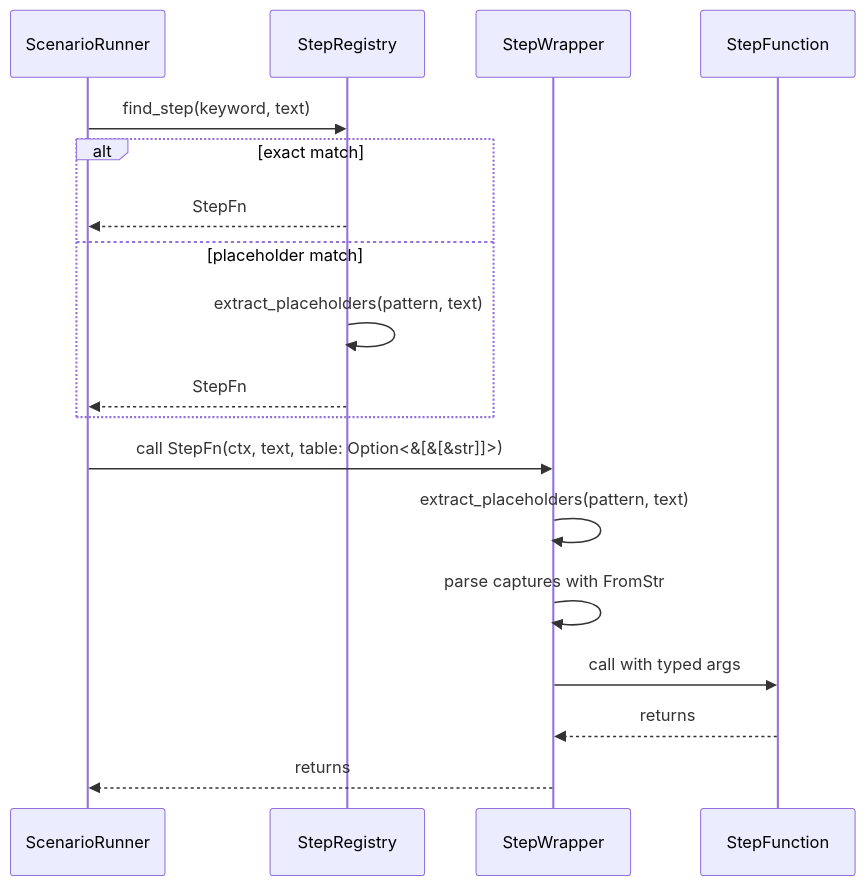
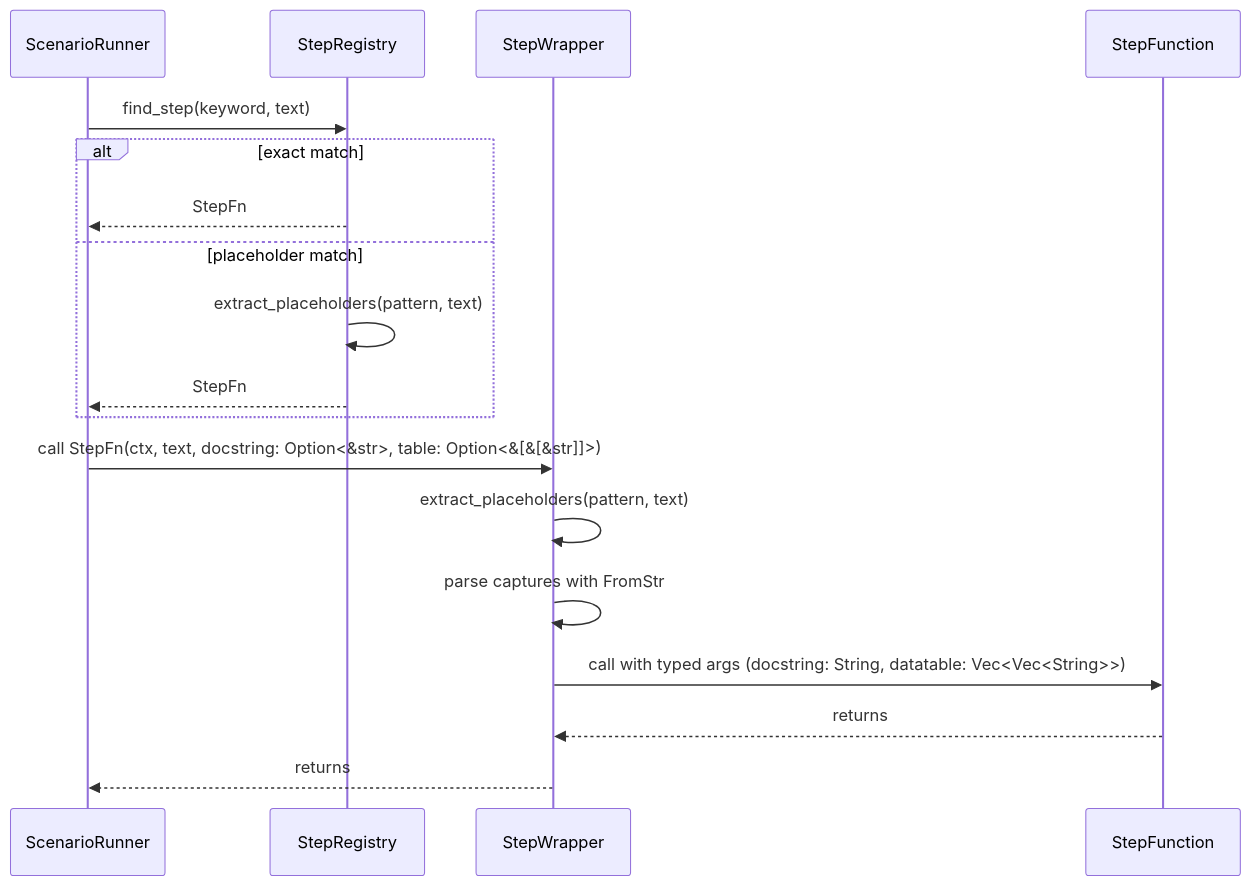
One commit to leynos/rstest-bdd changed the fourth of 4 diagrams in docs/rstest-bdd-design.md. Above: the diagram before and after it, drawn with Mermaid. The commit also changed other lines of this file and 19 other files, not shown here.

````diff
--- a/docs/rstest-bdd-design.md
+++ b/docs/rstest-bdd-design.md
@@ -921,21 +933,21 @@
 ```mermaid
 sequenceDiagram
     participant ScenarioRunner
     participant StepRegistry
     participant StepWrapper
     participant StepFunction
 
     ScenarioRunner->>StepRegistry: find_step(keyword, text)
     alt exact match
         StepRegistry-->>ScenarioRunner: StepFn
     else placeholder match
         StepRegistry->>StepRegistry: extract_placeholders(pattern, text)
         StepRegistry-->>ScenarioRunner: StepFn
     end
-    ScenarioRunner->>StepWrapper: call StepFn(ctx, text, table: Option<&[&[&str]]>)
+    ScenarioRunner->>StepWrapper: call StepFn(ctx, text, docstring: Option<&str>, table: Option<&[&[&str]]>)
     StepWrapper->>StepWrapper: extract_placeholders(pattern, text)
     StepWrapper->>StepWrapper: parse captures with FromStr
-    StepWrapper->>StepFunction: call with typed args
+    StepWrapper->>StepFunction: call with typed args (docstring: String, datatable: Vec<Vec<String>>)
     StepFunction-->>StepWrapper: returns
     StepWrapper-->>ScenarioRunner: returns
 ```
````
